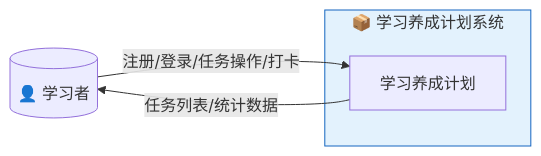
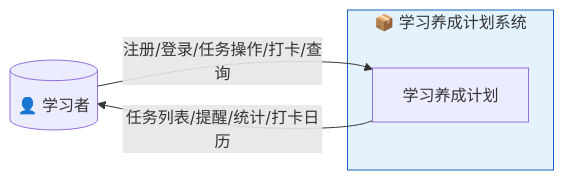
One commit to TonyzzZ666/Study-Agent changed the third of 7 diagrams in 需求报告.md. Above: the diagram before and after it, drawn with Mermaid. The commit also changed other lines of this file and 1 other file, not shown here.

Commit message:
v3.2: 加回全部功能点（推荐/提醒/日历/图表），用最简单方式实现

````diff
--- a/需求报告.md
+++ b/需求报告.md
@@ -93,10 +102,10 @@
 ```mermaid
 flowchart LR
     User[("👤 学习者")]
     subgraph System["📦 学习养成计划系统"]
         Main["学习养成计划"]
     end
-    User -->|"注册/登录/任务操作/打卡"| Main
-    Main -->|"任务列表/统计数据"| User
+    User -->|"注册/登录/任务操作/打卡/查询"| Main
+    Main -->|"任务列表/提醒/统计/打卡日历"| User
     style System fill:#e3f2fd,stroke:#1565c0
 ```
````
